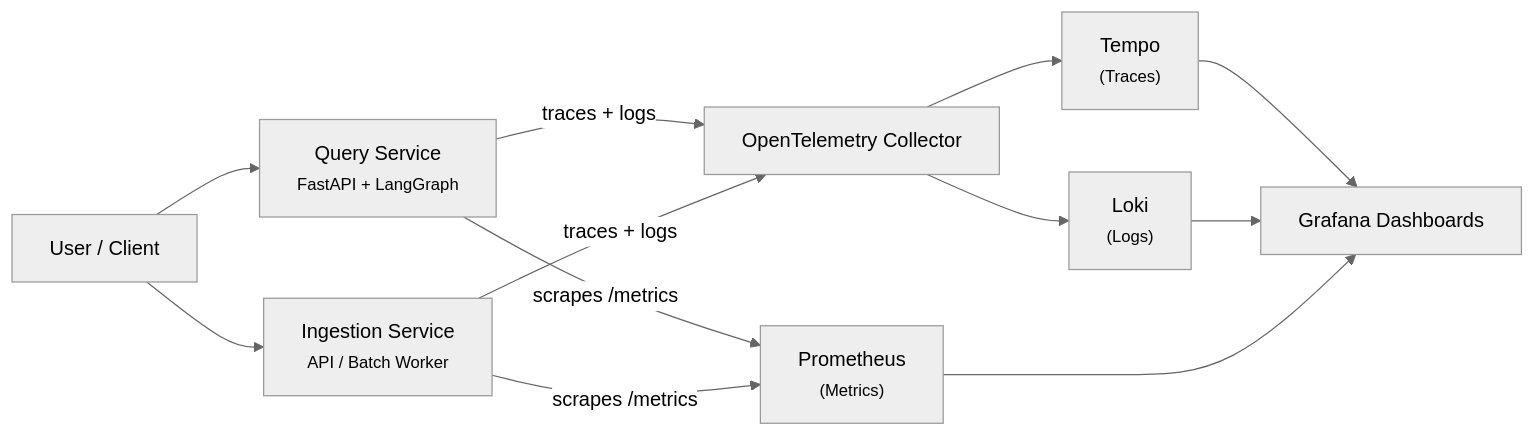
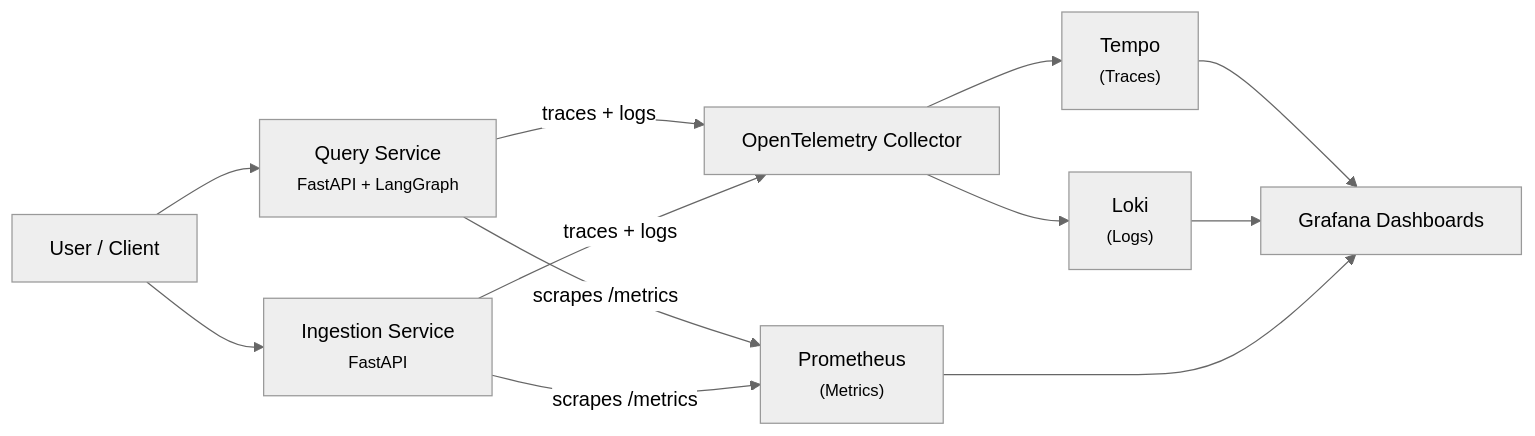
The second of 2 diagrams in README.md (jsandino/production-rag-system), drawn with Mermaid (neutral theme) before and after one commit. The commit also changed other lines of this file and 1 other file, not shown here.

````diff
--- a/README.md
+++ b/README.md
@@ -127,24 +134,24 @@
 ```mermaid
 flowchart LR
 
 User[User / Client]
-IngestService["Ingestion Service<br/><small>API / Batch Worker</small>"]
+IngestService["Ingestion Service<br/><small>FastAPI</small>"]
 QueryService["Query Service<br/><small>FastAPI + LangGraph</small>"]
 OTEL[OpenTelemetry Collector]
 Tempo["Tempo<br/><small>(Traces)</small>"]
 Loki["Loki<br/><small>(Logs)</small>"]
 Prometheus["Prometheus<br/><small>(Metrics)</small>"]
 Grafana[Grafana Dashboards]
 
 User --> QueryService
 User --> IngestService
 QueryService -->|traces + logs| OTEL
 IngestService -->|traces + logs| OTEL
 OTEL --> Tempo
 OTEL --> Loki
 QueryService -->|scrapes /metrics| Prometheus
 IngestService -->|scrapes /metrics| Prometheus
 Tempo --> Grafana
 Loki --> Grafana
 Prometheus --> Grafana
 ```
````
